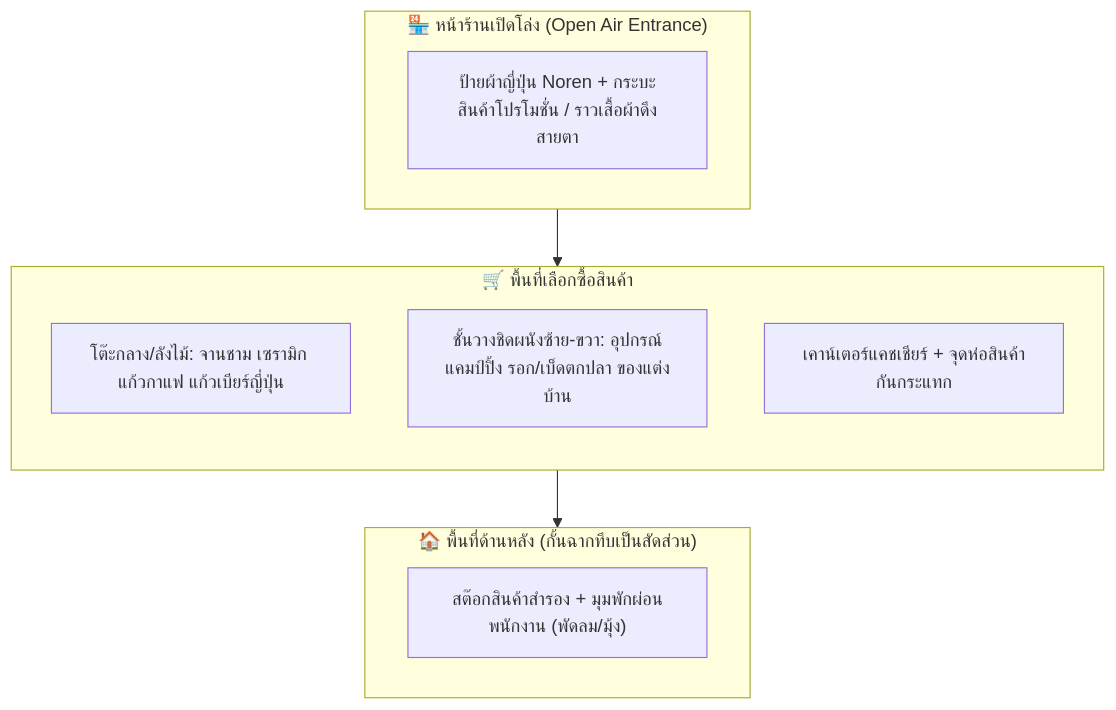
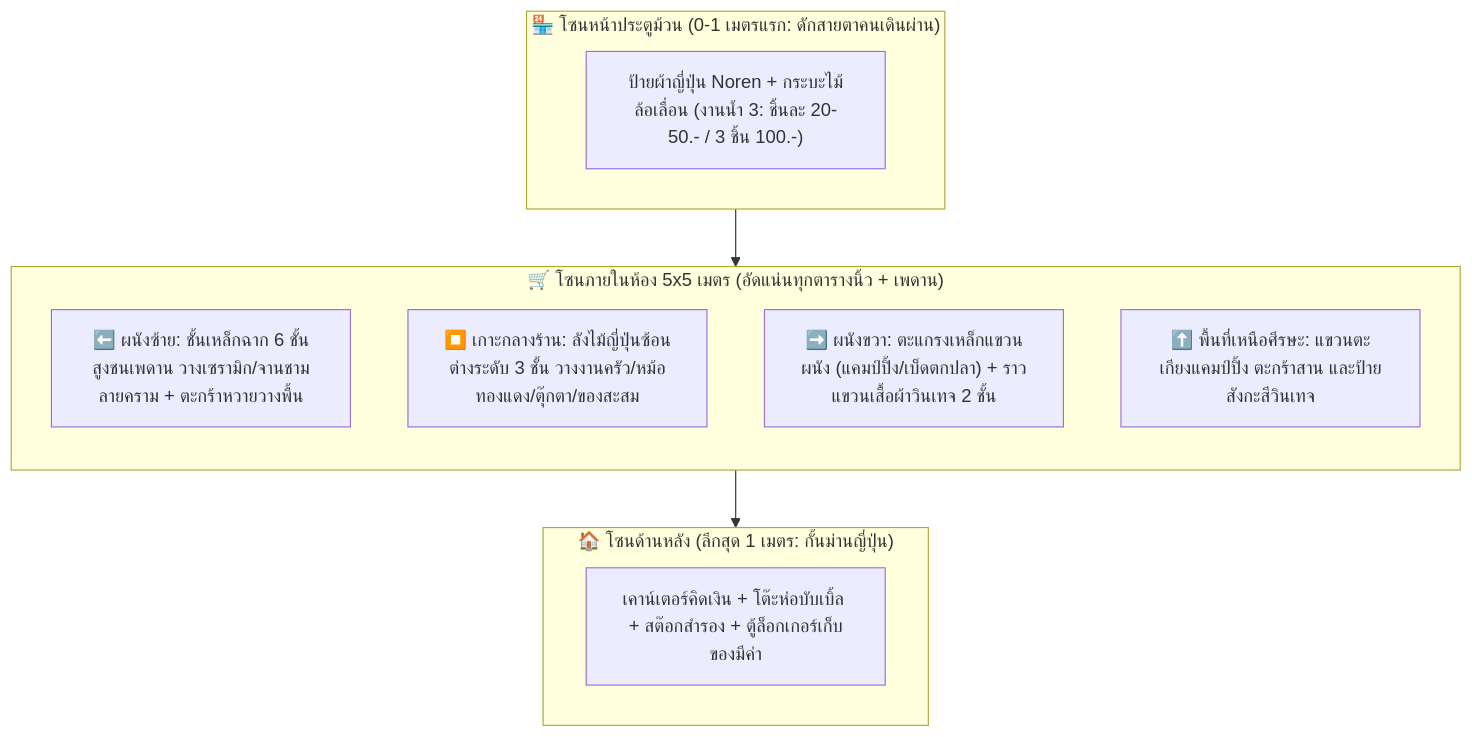
One commit to temsiripuns100/goods-japan-business-plan changed the second of 12 diagrams in README.md. Above: the diagram before and after it, drawn with Mermaid. The commit also changed other lines of this file, not shown here.

````diff
--- a/README.md
+++ b/README.md
@@ -115,20 +115,21 @@
 ```mermaid
 flowchart TD
-    subgraph FRONT["🏪 หน้าร้านเปิดโล่ง (Open Air Entrance)"]
-        Z1["ป้ายผ้าญี่ปุ่น Noren + กระบะสินค้าโปรโมชั่น / ราวเสื้อผ้าดึงสายตา"]
+    subgraph FRONT["🏪 โซนหน้าประตูม้วน (0-1 เมตรแรก: ดักสายตาคนเดินผ่าน)"]
+        Z1["ป้ายผ้าญี่ปุ่น Noren + กระบะไม้ล้อเลื่อน (งานน้ำ 3: ชิ้นละ 20-50.- / 3 ชิ้น 100.-)"]
     end
 
-    subgraph INSIDE["🛒 พื้นที่เลือกซื้อสินค้า"]
+    subgraph INSIDE["🛒 โซนภายในห้อง 5x5 เมตร (อัดแน่นทุกตารางนิ้ว + เพดาน)"]
         direction TB
-        A["โต๊ะกลาง/ลังไม้: จานชาม เซรามิก แก้วกาแฟ แก้วเบียร์ญี่ปุ่น"]
-        B["ชั้นวางชิดผนังซ้าย-ขวา: อุปกรณ์แคมป์ปิ้ง รอก/เบ็ดตกปลา ของแต่งบ้าน"]
-        C["เคาน์เตอร์แคชเชียร์ + จุดห่อสินค้ากันกระแทก"]
+        A["⬅️ ผนังซ้าย: ชั้นเหล็กฉาก 6 ชั้นสูงชนเพดาน วางเซรามิก/จานชามลายคราม + ตะกร้าหวายวางพื้น"]
+        B["⏹️ เกาะกลางร้าน: ลังไม้ญี่ปุ่นซ้อนต่างระดับ 3 ชั้น วางงานครัว/หม้อทองแดง/ตุ๊กตา/ของสะสม"]
+        C["➡️ ผนังขวา: ตะแกรงเหล็กแขวนผนัง (แคมป์ปิ้ง/เบ็ดตกปลา) + ราวแขวนเสื้อผ้าวินเทจ 2 ชั้น"]
+        D["⬆️ พื้นที่เหนือศีรษะ: แขวนตะเกียงแคมป์ปิ้ง ตะกร้าสาน และป้ายสังกะสีวินเทจ"]
     end
 
-    subgraph BACK["🏠 พื้นที่ด้านหลัง (กั้นฉากทึบเป็นสัดส่วน)"]
-        D["สต๊อกสินค้าสำรอง + มุมพักผ่อนพนักงาน (พัดลม/มุ้ง)"]
+    subgraph BACK["🏠 โซนด้านหลัง (ลึกสุด 1 เมตร: กั้นม่านญี่ปุ่น)"]
+        E["เคาน์เตอร์คิดเงิน + โต๊ะห่อบับเบิ้ล + สต๊อกสำรอง + ตู้ล็อกเกอร์เก็บของมีค่า"]
     end
 
     FRONT --> INSIDE
     INSIDE --> BACK
 ```
````
